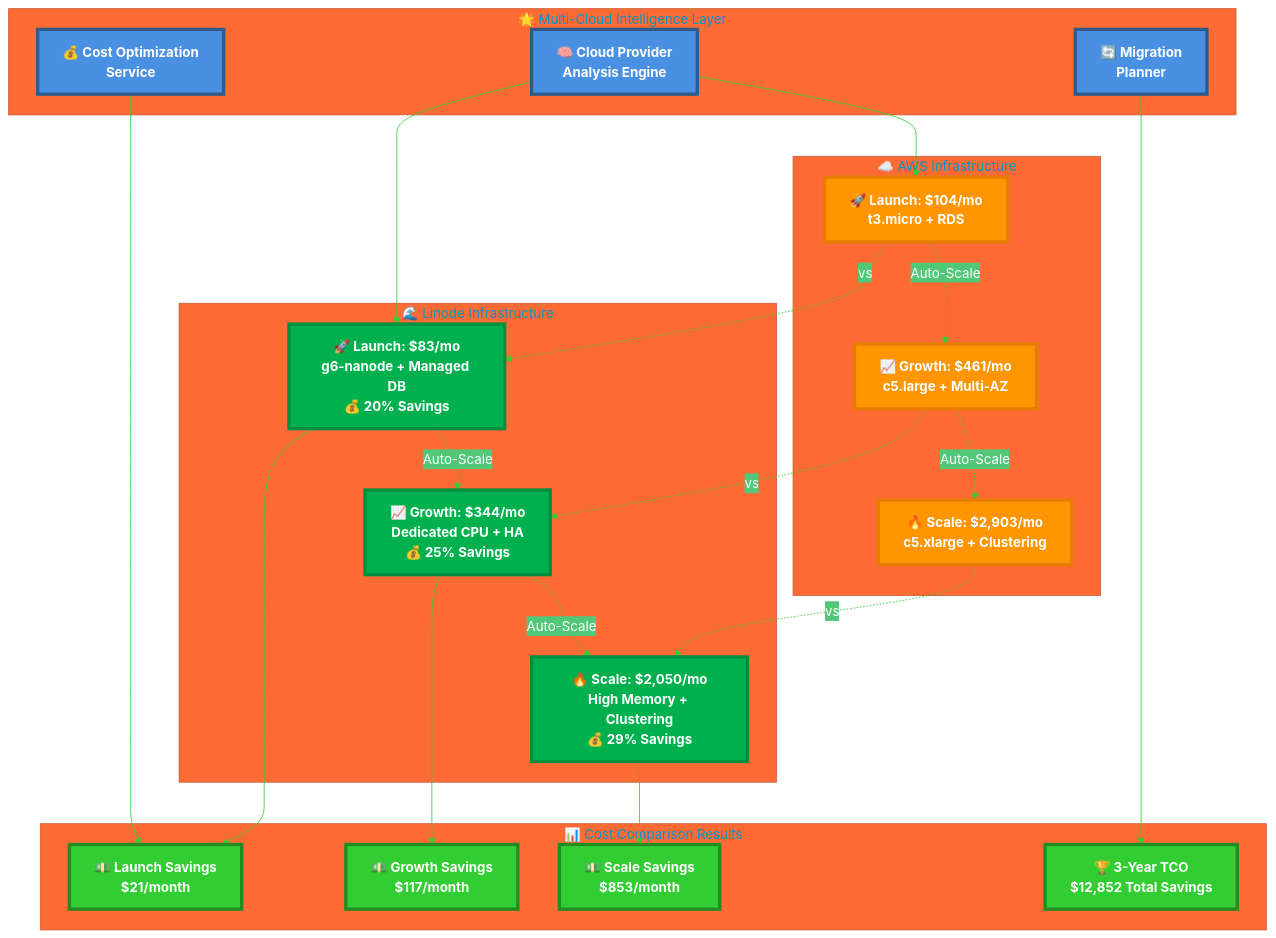
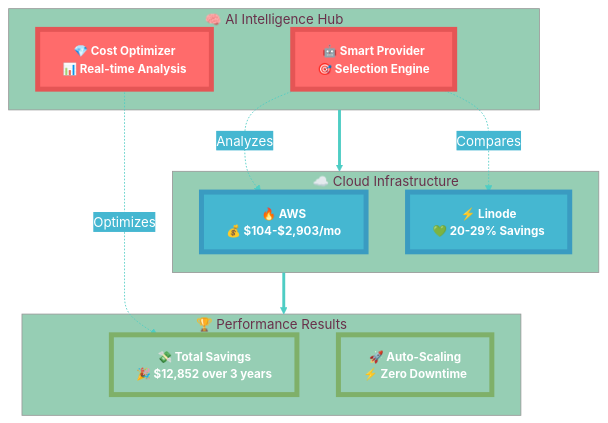
The second of 5 diagrams in README.md (abdoElHodaky/transportapp), drawn with Mermaid before and after one commit. The commit also changed other lines of this file and 2 other files, not shown here.

````diff
--- a/README.md
+++ b/README.md
@@ -313,71 +313,45 @@
 ```mermaid
 %%{init: {
   'theme': 'base',
   'themeVariables': {
     'background': 'transparent',
-    'primaryColor': '#4A90E2',
+    'primaryColor': '#FF6B6B',
     'primaryTextColor': '#ffffff',
-    'primaryBorderColor': '#2E5C8A',
-    'lineColor': '#32CD32',
-    'secondaryColor': '#50C878',
-    'tertiaryColor': '#FF6B35'
+    'primaryBorderColor': '#E55555',
+    'lineColor': '#4ECDC4',
+    'secondaryColor': '#45B7D1',
+    'tertiaryColor': '#96CEB4'
   }
 }}%%
 graph TB
-    subgraph Intelligence["🌟 Multi-Cloud Intelligence Layer"]
-        CPA["🧠 Cloud Provider<br/>Analysis Engine"]
-        COS["💰 Cost Optimization<br/>Service"]
-        MIG["🔄 Migration<br/>Planner"]
+    subgraph Intelligence["🧠 AI Intelligence Hub"]
+        AI["🤖 Smart Provider<br/>🎯 Selection Engine"]
+        COST["💎 Cost Optimizer<br/>📊 Real-time Analysis"]
     end
     
-    subgraph AWS["☁️ AWS Infrastructure"]
-        AWS_L["🚀 Launch: $104/mo<br/>t3.micro + RDS"]
-        AWS_G["📈 Growth: $461/mo<br/>c5.large + Multi-AZ"]
-        AWS_S["🔥 Scale: $2,903/mo<br/>c5.xlarge + Clustering"]
+    subgraph CloudProviders["☁️ Cloud Infrastructure"]
+        AWS["🔥 AWS<br/>💰 $104-$2,903/mo"]
+        LINODE["⚡ Linode<br/>💚 20-29% Savings"]
     end
     
-    subgraph Linode["🌊 Linode Infrastructure"]
-        LIN_L["🚀 Launch: $83/mo<br/>g6-nanode + Managed DB<br/>💰 20% Savings"]
-        LIN_G["📈 Growth: $344/mo<br/>Dedicated CPU + HA<br/>💰 25% Savings"]
-        LIN_S["🔥 Scale: $2,050/mo<br/>High Memory + Clustering<br/>💰 29% Savings"]
+    subgraph Results["🏆 Performance Results"]
+        SAVINGS["💸 Total Savings<br/>🎉 $12,852 over 3 years"]
+        PERFORMANCE["🚀 Auto-Scaling<br/>⚡ Zero Downtime"]
     end
     
-    subgraph Savings["📊 Cost Comparison Results"]
-        SAV_L["💵 Launch Savings<br/>$21/month"]
-        SAV_G["💵 Growth Savings<br/>$117/month"]
-        SAV_S["💵 Scale Savings<br/>$853/month"]
-        TCO["🏆 3-Year TCO<br/>$12,852 Total Savings"]
-    end
+    %% Eye-catching connections
+    Intelligence ==> CloudProviders
+    CloudProviders ==> Results
+    AI -.->|"Analyzes"| AWS
+    AI -.->|"Compares"| LINODE
+    COST -.->|"Optimizes"| SAVINGS
     
-    %% Intelligence connections
-    CPA --> AWS_L
-    CPA --> LIN_L
-    COS --> SAV_L
-    MIG --> TCO
+    %% Distinguished Eye-catching Styling
+    classDef intelligence fill:#FF6B6B,stroke:#E55555,stroke-width:6px,color:#ffffff,font-weight:bold,font-size:14px
+    classDef cloud fill:#45B7D1,stroke:#3A9BC1,stroke-width:6px,color:#ffffff,font-weight:bold,font-size:14px
+    classDef results fill:#96CEB4,stroke:#7FB069,stroke-width:6px,color:#ffffff,font-weight:bold,font-size:14px
     
-    %% Phase progression
-    AWS_L -.->|Auto-Scale| AWS_G
-    AWS_G -.->|Auto-Scale| AWS_S
-    LIN_L -.->|Auto-Scale| LIN_G
-    LIN_G -.->|Auto-Scale| LIN_S
-    
-    %% Cost comparisons
-    AWS_L -.->|vs| LIN_L
-    AWS_G -.->|vs| LIN_G
-    AWS_S -.->|vs| LIN_S
-    
-    LIN_L --> SAV_L
-    LIN_G --> SAV_G
-    LIN_S --> SAV_S
-    
-    %% Professional Styling with Transparency
-    classDef intelligence fill:#4A90E2,stroke:#2E5C8A,stroke-width:4px,color:#ffffff,font-weight:bold
-    classDef aws fill:#FF9500,stroke:#E67E00,stroke-width:4px,color:#ffffff,font-weight:bold
-    classDef linode fill:#00B04F,stroke:#008F3F,stroke-width:4px,color:#ffffff,font-weight:bold
-    classDef savings fill:#32CD32,stroke:#228B22,stroke-width:4px,color:#ffffff,font-weight:bold
-    
-    class CPA,COS,MIG intelligence
-    class AWS_L,AWS_G,AWS_S aws
-    class LIN_L,LIN_G,LIN_S linode
-    class SAV_L,SAV_G,SAV_S,TCO savings
+    class AI,COST intelligence
+    class AWS,LINODE cloud
+    class SAVINGS,PERFORMANCE results
 ```
````
